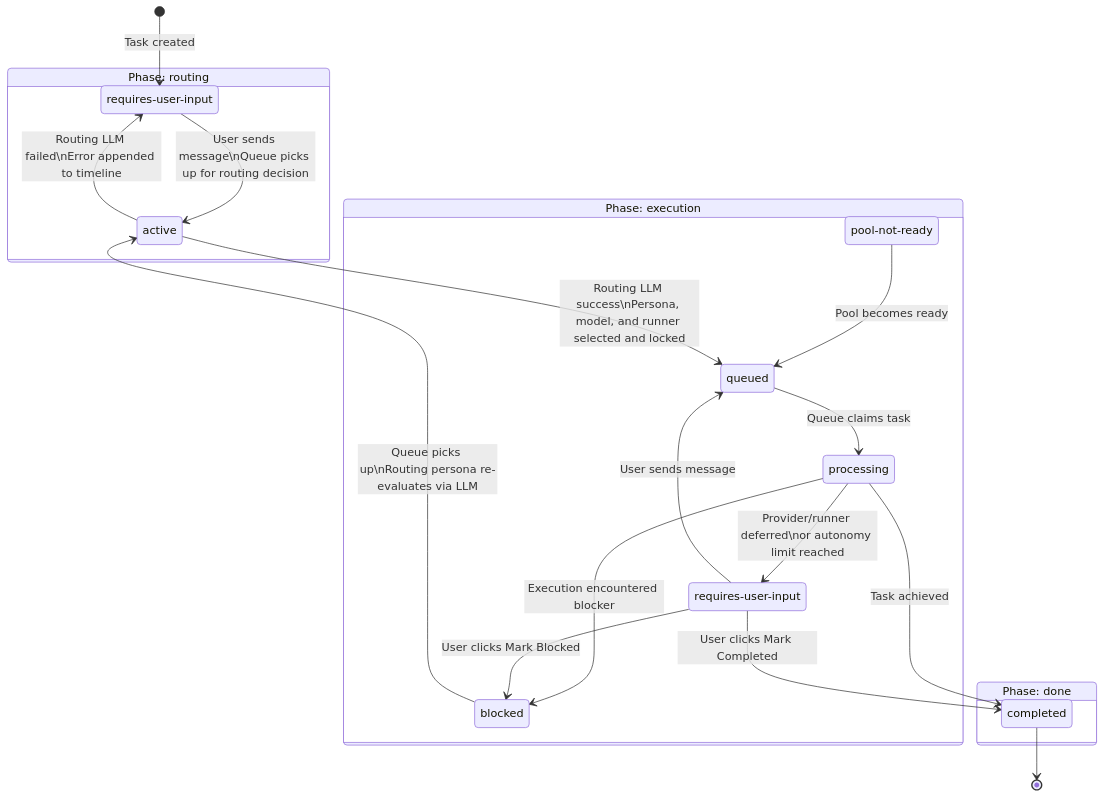
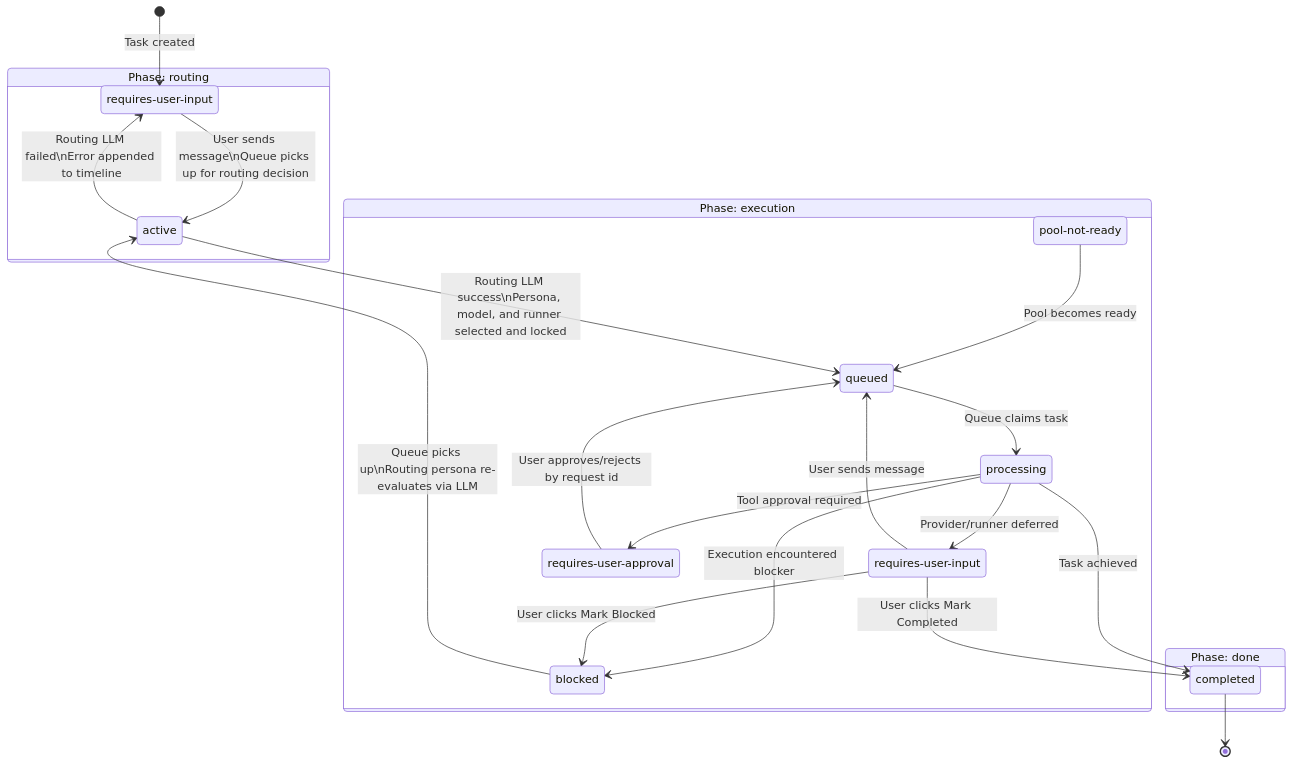
One commit to canonical/athena changed the first of 2 diagrams in docs/task-lifecycle.md. Above: the diagram before and after it, drawn with Mermaid. The commit also changed other lines of this file and 69 other files, not shown here.

````diff
--- a/docs/task-lifecycle.md
+++ b/docs/task-lifecycle.md
@@ -37,37 +48,40 @@
 ```mermaid
 stateDiagram-v2
     [*] --> rhi : Task created
 
     state "Phase: routing" as routing_phase {
         rhi : requires-user-input
         ract : active
 
         rhi --> ract : User sends message\nQueue picks up for routing decision
         ract --> rhi : Routing LLM failed\nError appended to timeline
     }
 
     state "Phase: execution" as execution_phase {
         equeued : queued
         eprocessing : processing
         erhi : requires-user-input
         eblocked : blocked
         epnr : pool-not-ready
 
         equeued --> eprocessing : Queue claims task
-        eprocessing --> erhi : Provider/runner deferred\nor autonomy limit reached
+        eprocessing --> erhi : Provider/runner deferred
+        eapproval : requires-user-approval
+        eprocessing --> eapproval : Tool approval required
         eprocessing --> dcompleted : Task achieved
         eprocessing --> eblocked : Execution encountered blocker
         erhi --> equeued : User sends message
+        eapproval --> equeued : User approves/rejects by request id
         erhi --> dcompleted : User clicks Mark Completed
         erhi --> eblocked : User clicks Mark Blocked
         epnr --> equeued : Pool becomes ready
     }
 
     state "Phase: done" as done_phase {
         dcompleted : completed
     }
 
     eblocked --> ract : Queue picks up\nRouting persona re-evaluates via LLM
     ract --> equeued : Routing LLM success\nPersona, model, and runner selected and locked
     dcompleted --> [*]
 ```
````
